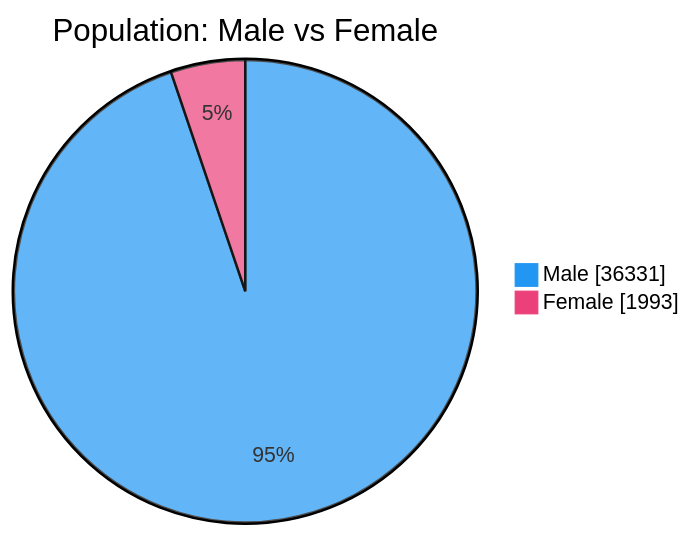
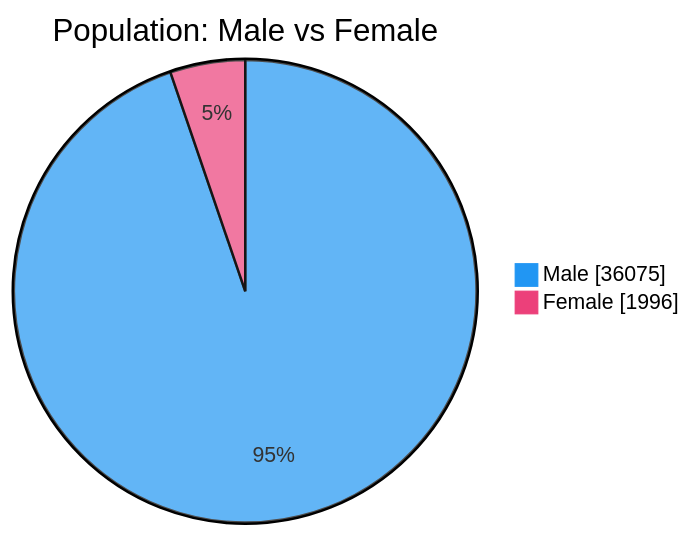
One commit to nuuuwan/lk_prisons changed the second of 7 diagrams in README.md. Above: the diagram before and after it, drawn with Mermaid. The commit also changed other lines of this file and 1 other file, not shown here.

````diff
--- a/README.md
+++ b/README.md
@@ -54,6 +54,6 @@
 ```mermaid
 %%{init: {'themeVariables': {'pie1': '#2196F3', 'pie2': '#EC407A'}}}%%
 pie showData title Population: Male vs Female
-    "Male" : 36331
-    "Female" : 1993
+    "Male" : 36075
+    "Female" : 1996
 ```
````
